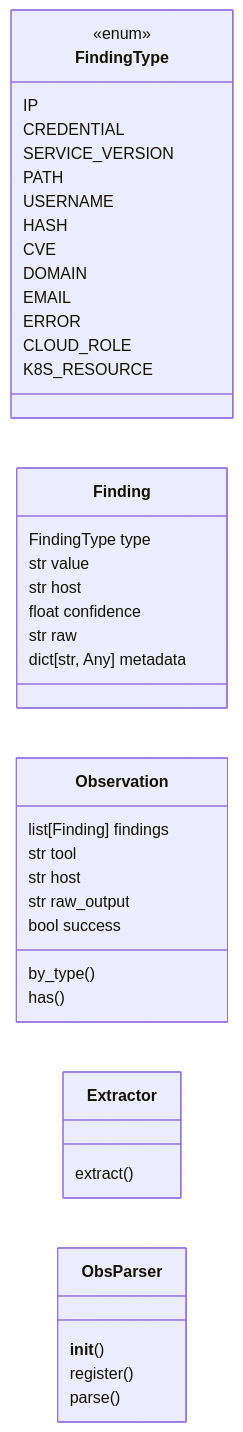
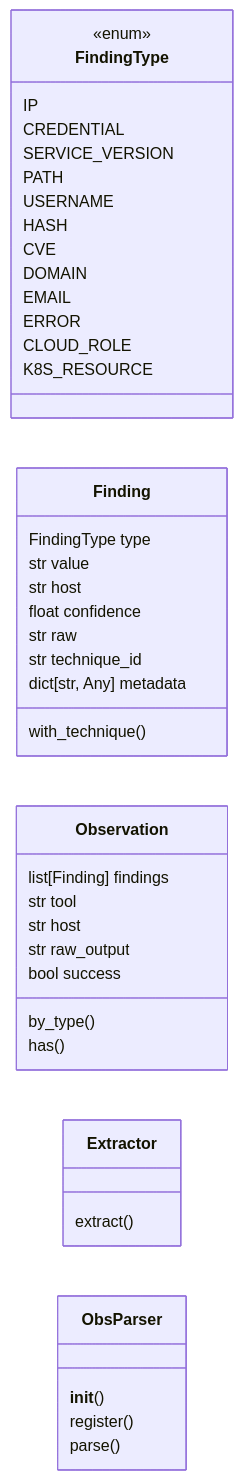
Before and after one commit to grisuno/LazyOwn: the first of 2 diagrams in readmenator-apidocs/modules/modules.obs_parser.py.md, drawn with Mermaid. The commit also changed other lines of this file and 415 other files, not shown here.

````diff
--- a/readmenator-apidocs/modules/modules.obs_parser.py.md
+++ b/readmenator-apidocs/modules/modules.obs_parser.py.md
@@ -40,39 +40,41 @@
 ```mermaid
 classDiagram
     direction LR
     class FindingType
     <<enum>> FindingType
     FindingType : IP
     FindingType : CREDENTIAL
     FindingType : SERVICE_VERSION
     FindingType : PATH
     FindingType : USERNAME
     FindingType : HASH
     FindingType : CVE
     FindingType : DOMAIN
     FindingType : EMAIL
     FindingType : ERROR
     FindingType : CLOUD_ROLE
     FindingType : K8S_RESOURCE
     class Finding
     Finding : FindingType type
     Finding : str value
     Finding : str host
     Finding : float confidence
     Finding : str raw
+    Finding : str technique_id
     Finding : dict[str, Any] metadata
+    Finding : with_technique()
     class Observation
     Observation : list[Finding] findings
     Observation : str tool
     Observation : str host
     Observation : str raw_output
     Observation : bool success
     Observation : by_type()
     Observation : has()
     class Extractor
     Extractor : extract()
     class ObsParser
     ObsParser : __init__()
     ObsParser : register()
     ObsParser : parse()
 ```
````
